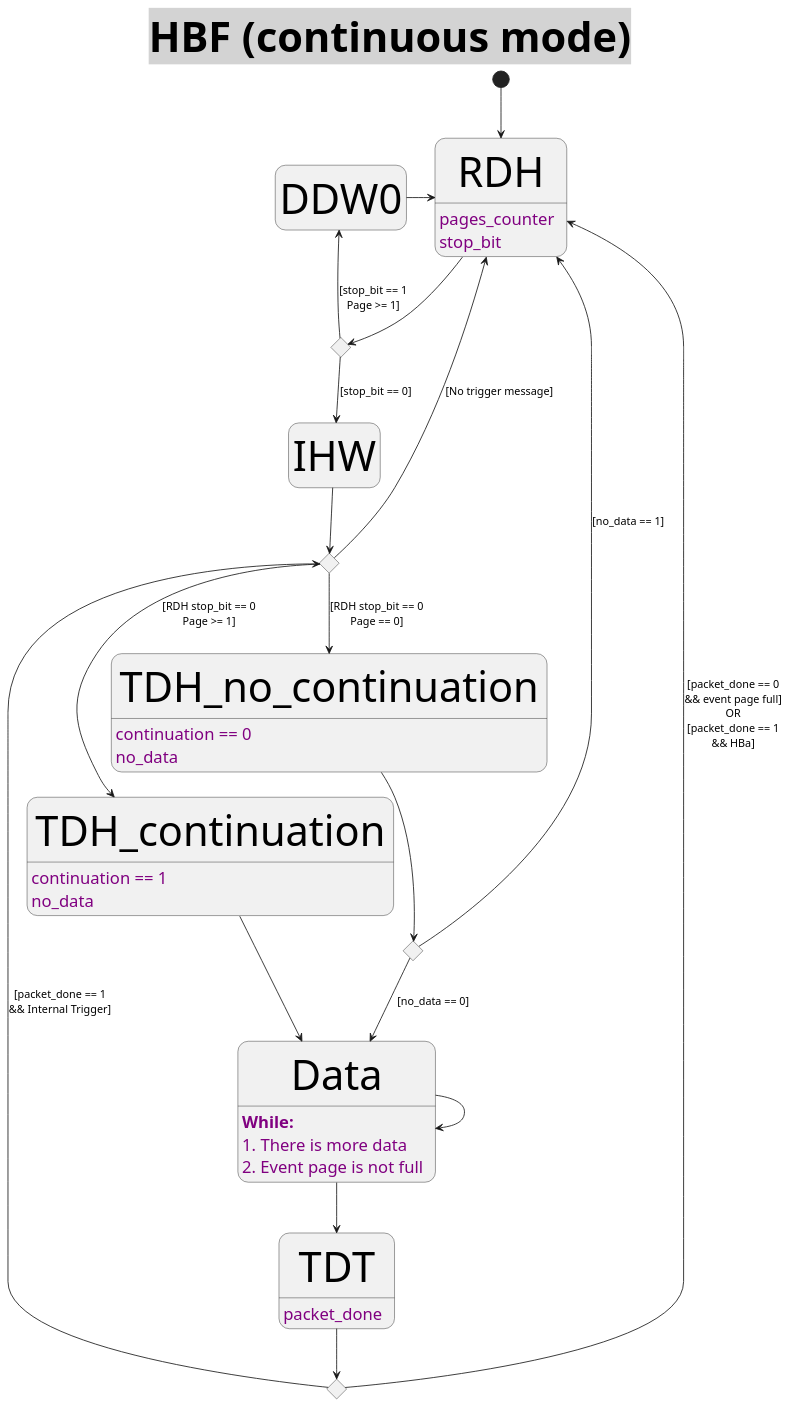
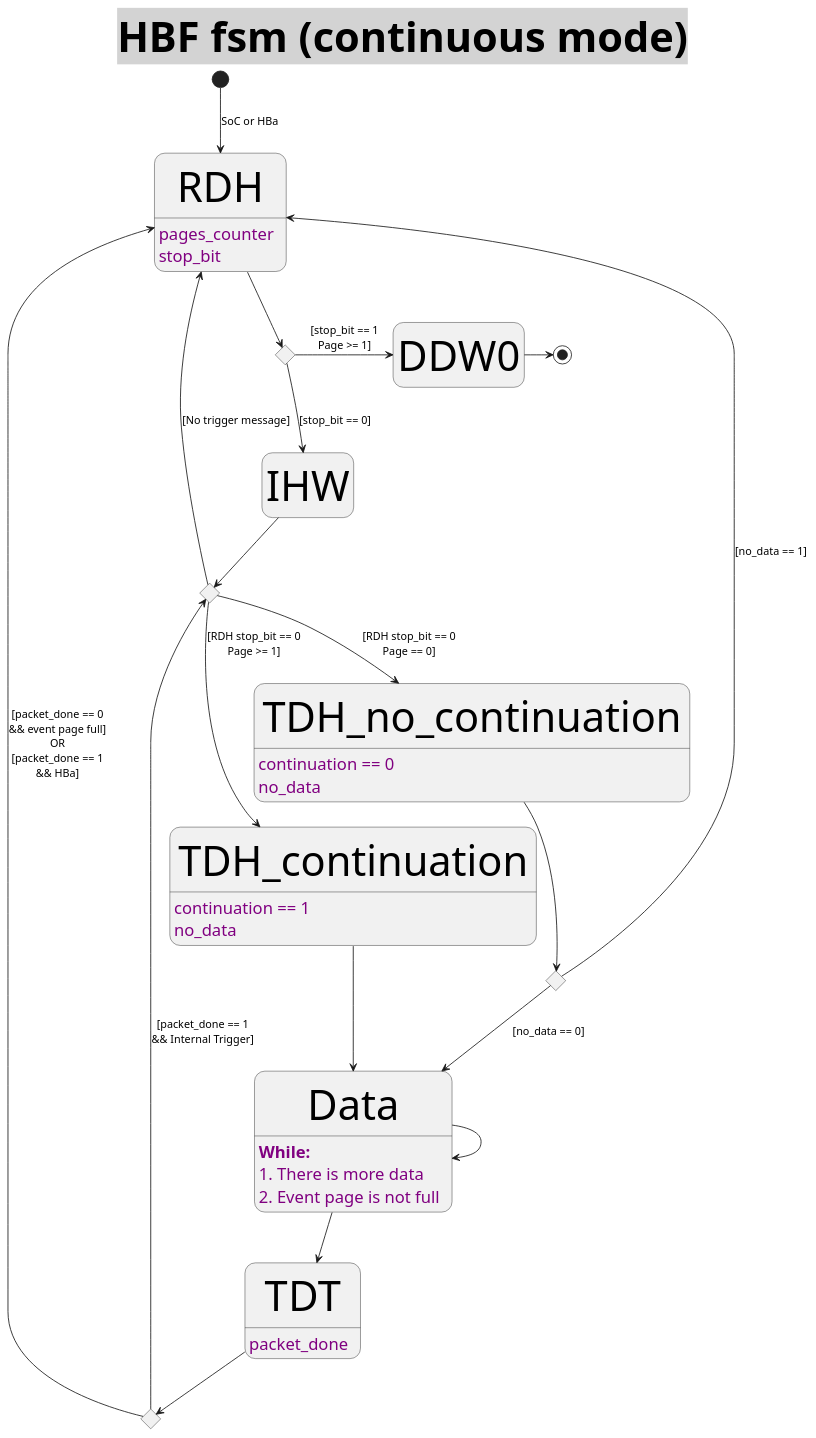
Before and after one commit to CramBL/fastPASTA: the diagram in doc/hbf_continuous_fsm.puml, drawn with PlantUML.

Commit message:
add end node to fsm diagram

```diff
--- a/doc/hbf_continuous_fsm.puml
+++ b/doc/hbf_continuous_fsm.puml
@@ -1,85 +1,84 @@
 @startuml HBFStateMachine (continuous mode)
 <style>
 title {
   HorizontalAlignment right
   FontSize 50
   BackGroundColor lightgrey
   Margin 1
   Padding 0
 }
 
 header {
   HorizontalAlignment center
   FontSize 20
   FontColor purple
 }
 
 footer {
   HorizontalAlignment left
   FontSize 28
   FontColor red
 }
 
 legend {
   FontSize 30
   BackGroundColor yellow
   Margin 30
   Padding 50
 }
 
 caption {
   FontSize 32
 }
 </style>
-Title **HBF** (continuous mode)
+Title **HBF fsm** (continuous mode)
 hide empty description
 
 state after_RDH <<choice>>
 state after_IHW <<choice>>
 state after_TDH <<choice>>
 state after_TDT <<choice>>
 
 
-[*] --> RDH
+[*] --> RDH : SoC or HBa
 RDH : pages_counter
 RDH : stop_bit
 RDH --> after_RDH
 
 after_RDH --> IHW : [stop_bit == 0]
-after_RDH -left-> DDW0 : [stop_bit == 1\nPage >= 1]
-
+after_RDH -> DDW0 : [stop_bit == 1\nPage >= 1]
 
 
 IHW --> after_IHW
 after_IHW -right-> RDH : [No trigger message]
 after_IHW --> TDH_no_continuation : [RDH stop_bit == 0\nPage == 0]
 after_IHW --> TDH_continuation : [RDH stop_bit == 0\nPage >= 1]
 
 TDH_continuation --> Data
 TDH_continuation: continuation == 1
 TDH_continuation: no_data
 
 
 TDH_no_continuation --> after_TDH
 TDH_no_continuation: continuation == 0
 TDH_no_continuation: no_data
 
 after_TDH --> Data : [no_data == 0]
 after_TDH -right-> RDH : [no_data == 1]
 
 Data -> Data
 Data: **While:**
 Data:   1. There is more data
 Data:   2. Event page is not full
 
 Data --> TDT
 TDT: packet_done
 
 TDT --> after_TDT
 
 after_TDT -up-> RDH : [packet_done == 0\n&& event page full]\nOR\n[packet_done == 1\n&& HBa]
 after_TDT -> after_IHW : [packet_done == 1\n&& Internal Trigger]
 
-DDW0 -> RDH
+DDW0 -> [*]
 
 @enduml
```
